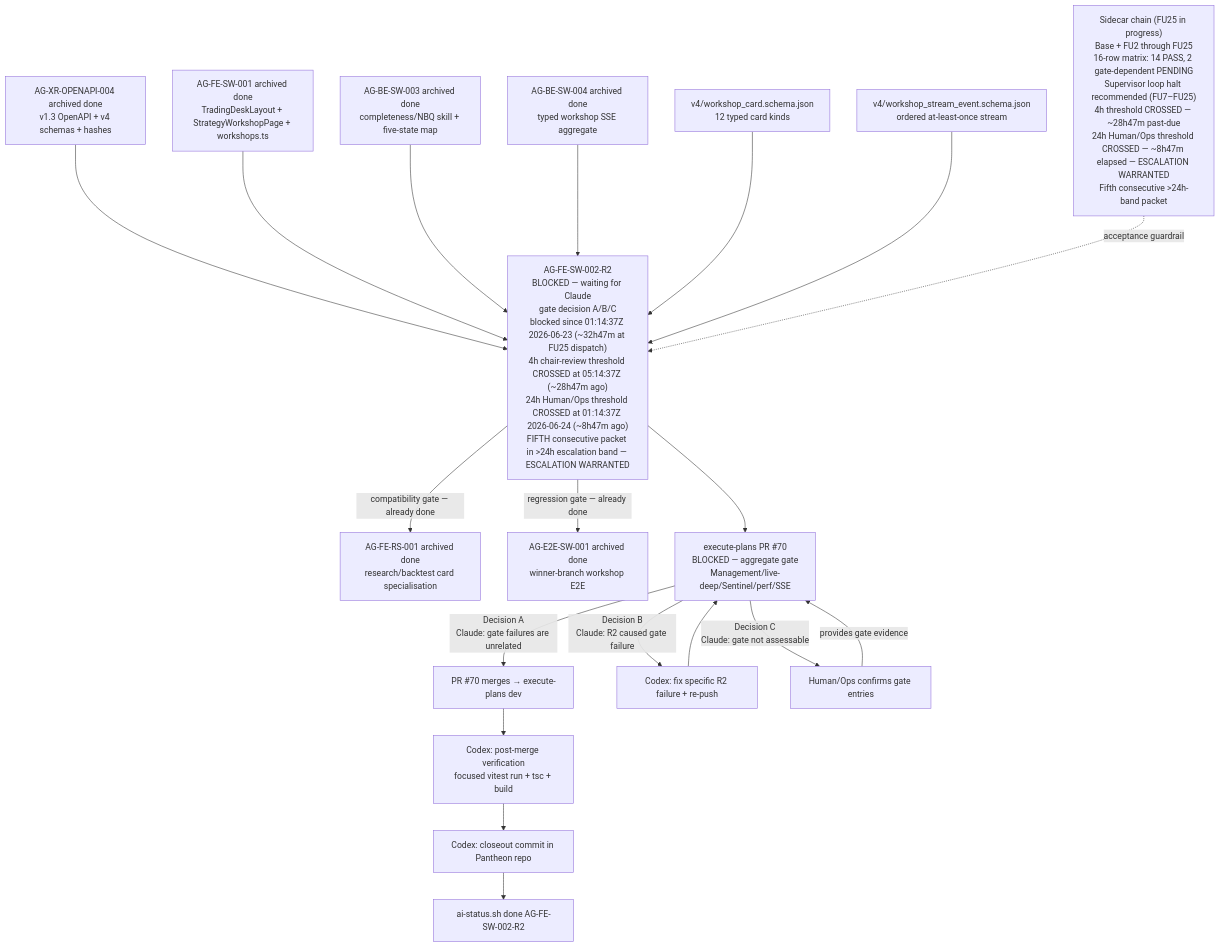
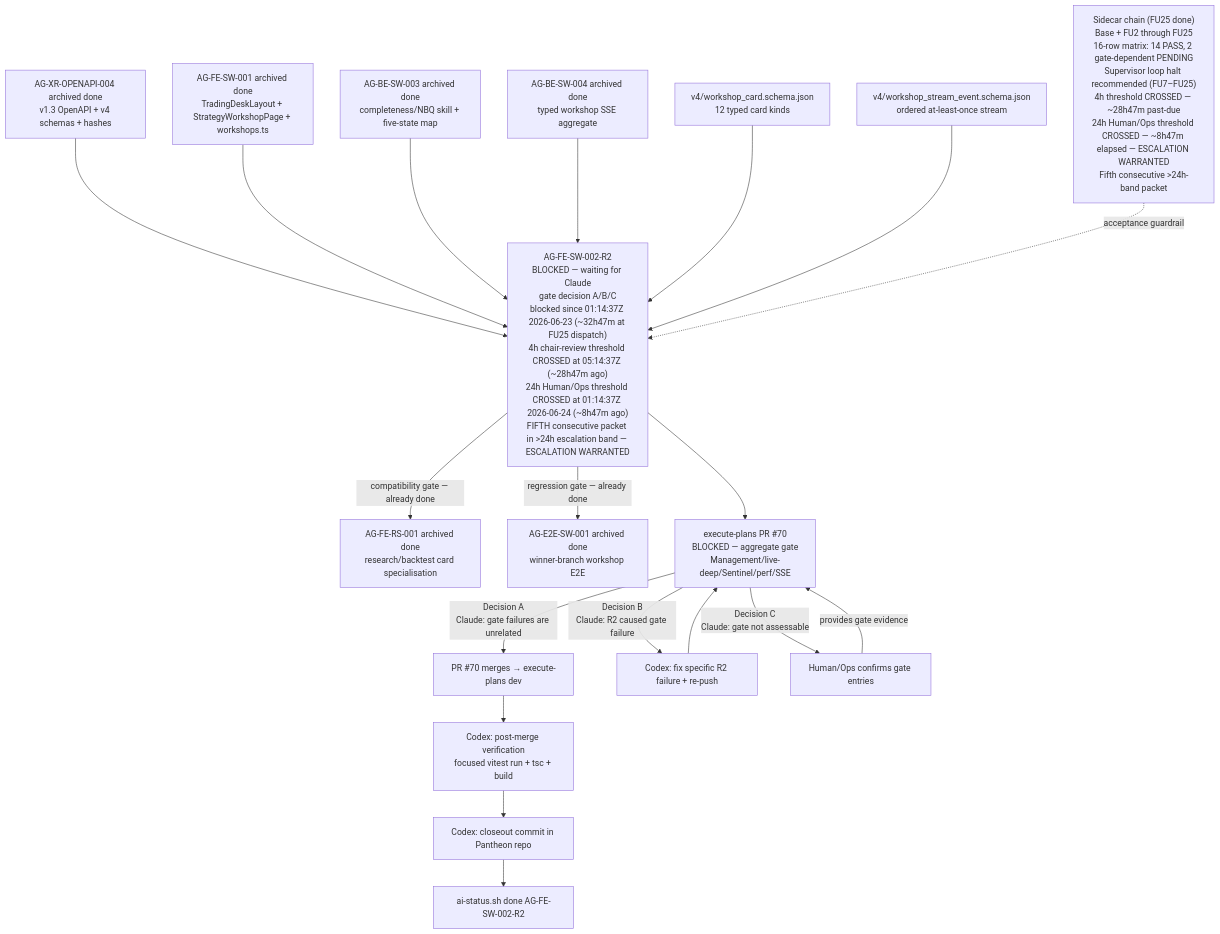
One commit to ajoe734/pantheon changed the diagram in support/sidecars/AG-FE-SW-002-R2/AG-FE-SW-002-R2-SIDECAR-ACCEPTANCE-FOLLOWUP-25.md. Above: the diagram before and after it, drawn with Mermaid. The commit also changed other lines of this file, not shown here.

First line of the commit message:
AG-FE-SW-002-R2-SIDECAR-ACCEPTANCE-FOLLOWUP-25: record owner closeout

````diff
--- a/support/sidecars/AG-FE-SW-002-R2/AG-FE-SW-002-R2-SIDECAR-ACCEPTANCE-FOLLOWUP-25.md
+++ b/support/sidecars/AG-FE-SW-002-R2/AG-FE-SW-002-R2-SIDECAR-ACCEPTANCE-FOLLOWUP-25.md
@@ -314,28 +314,28 @@
 ```mermaid
 graph TD
     XR004["AG-XR-OPENAPI-004 archived done<br/>v1.3 OpenAPI + v4 schemas + hashes"] --> FESW002R2
     FESW001["AG-FE-SW-001 archived done<br/>TradingDeskLayout + StrategyWorkshopPage + workshops.ts"] --> FESW002R2
     BESW003["AG-BE-SW-003 archived done<br/>completeness/NBQ skill + five-state map"] --> FESW002R2
     BESW004["AG-BE-SW-004 archived done<br/>typed workshop SSE aggregate"] --> FESW002R2
     CardSchema["v4/workshop_card.schema.json<br/>12 typed card kinds"] --> FESW002R2
     StreamSchema["v4/workshop_stream_event.schema.json<br/>ordered at-least-once stream"] --> FESW002R2
 
     FESW002R2["AG-FE-SW-002-R2<br/>BLOCKED — waiting for Claude<br/>gate decision A/B/C<br/>blocked since 01:14:37Z 2026-06-23 (~32h47m at FU25 dispatch)<br/>4h chair-review threshold CROSSED at 05:14:37Z (~28h47m ago)<br/>24h Human/Ops threshold CROSSED at 01:14:37Z 2026-06-24 (~8h47m ago)<br/>FIFTH consecutive packet in >24h escalation band — ESCALATION WARRANTED"]
 
     FESW002R2 -->|"compatibility gate — already done"| FERS001["AG-FE-RS-001 archived done<br/>research/backtest card specialisation"]
     FESW002R2 -->|"regression gate — already done"| E2E["AG-E2E-SW-001 archived done<br/>winner-branch workshop E2E"]
     FESW002R2 --> PR70["execute-plans PR #70<br/>BLOCKED — aggregate gate<br/>Management/live-deep/Sentinel/perf/SSE"]
 
     PR70 -->|"Decision A<br/>Claude: gate failures are unrelated"| Merge["PR #70 merges → execute-plans dev"]
     PR70 -->|"Decision B<br/>Claude: R2 caused gate failure"| Fix["Codex: fix specific R2 failure + re-push"]
     PR70 -->|"Decision C<br/>Claude: gate not assessable"| HumanOps["Human/Ops confirms gate entries"]
 
     Fix --> PR70
     HumanOps -->|"provides gate evidence"| PR70
 
     Merge --> PostMerge["Codex: post-merge verification<br/>focused vitest run + tsc + build"]
     PostMerge --> CloseoutCommit["Codex: closeout commit in Pantheon repo"]
     CloseoutCommit --> Done["ai-status.sh done AG-FE-SW-002-R2"]
 
-    SidecarChain["Sidecar chain (FU25 in progress)<br/>Base + FU2 through FU25<br/>16-row matrix: 14 PASS, 2 gate-dependent PENDING<br/>Supervisor loop halt recommended (FU7–FU25)<br/>4h threshold CROSSED — ~28h47m past-due<br/>24h Human/Ops threshold CROSSED — ~8h47m elapsed — ESCALATION WARRANTED<br/>Fifth consecutive >24h-band packet"] -.->|"acceptance guardrail"| FESW002R2
+    SidecarChain["Sidecar chain (FU25 done)<br/>Base + FU2 through FU25<br/>16-row matrix: 14 PASS, 2 gate-dependent PENDING<br/>Supervisor loop halt recommended (FU7–FU25)<br/>4h threshold CROSSED — ~28h47m past-due<br/>24h Human/Ops threshold CROSSED — ~8h47m elapsed — ESCALATION WARRANTED<br/>Fifth consecutive >24h-band packet"] -.->|"acceptance guardrail"| FESW002R2
 ```
````
